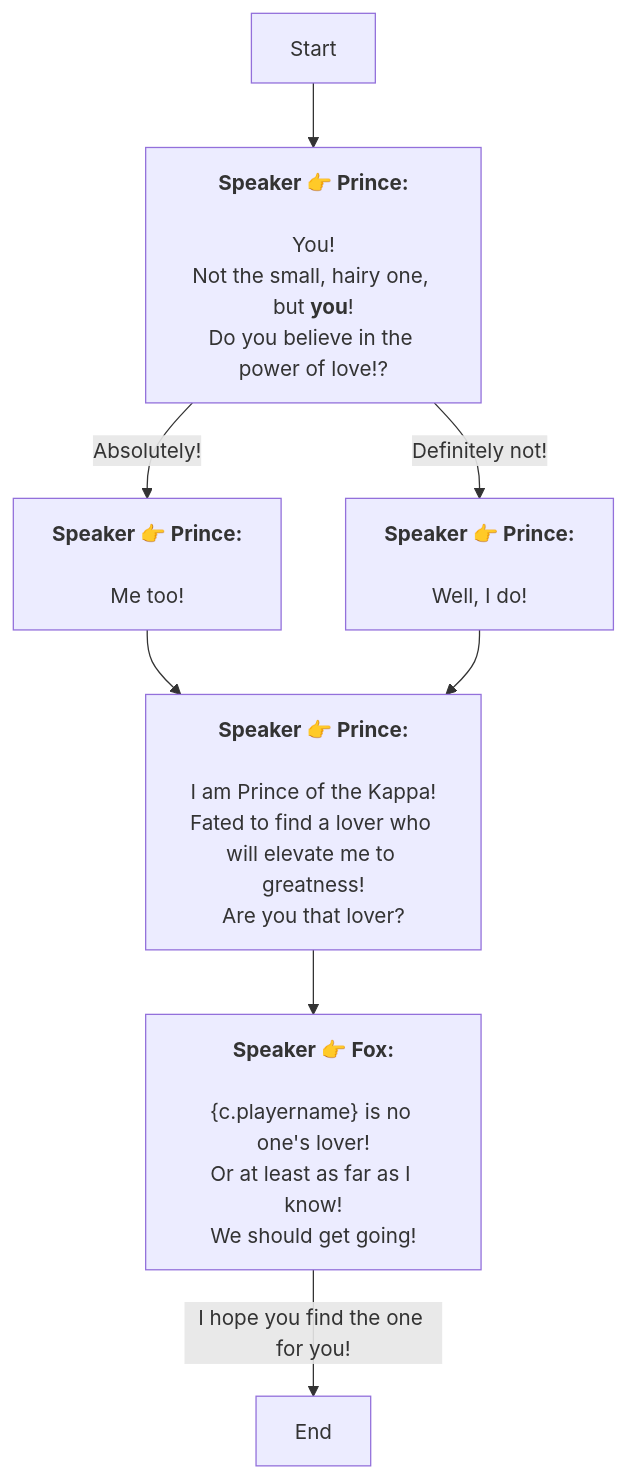
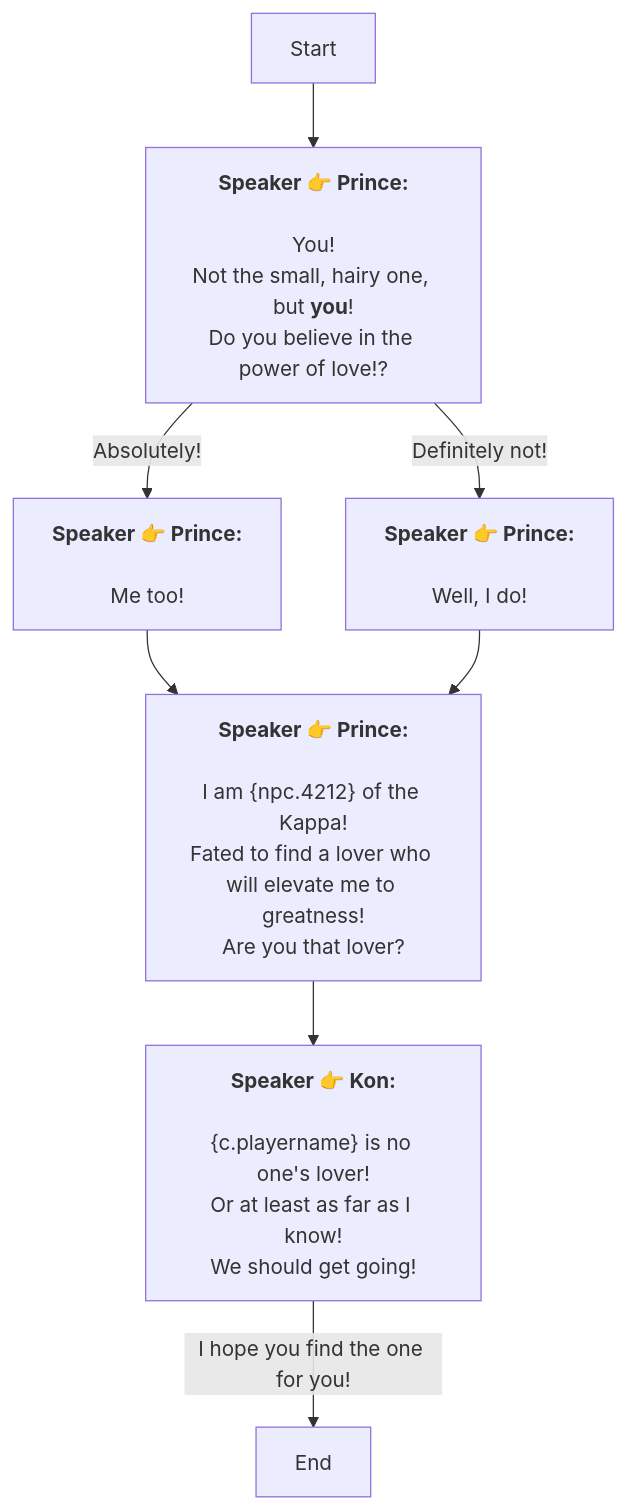
Before and after one commit to SoftHu/tos_avg: the diagram in En/AddDialogNode_1769061199392816.md, drawn with Mermaid. The commit also changed 730 other files, not shown here.

````diff
--- a/En/AddDialogNode_1769061199392816.md
+++ b/En/AddDialogNode_1769061199392816.md
@@ -1,25 +1,25 @@
 ```mermaid
 graph
 Start -->1769061300408371[<b>Speaker 👉 Prince:</b>
 \nYou!
 Not the small, hairy one, but <b>you</b>!
 Do you believe in the power of love!?]
 1769061300408371 -->|Definitely not!|1777940297288339[<b>Speaker 👉 Prince:</b>
 \nWell, I do!]
 1769061300408371 -->|Absolutely!|1769061331779641[<b>Speaker 👉 Prince:</b>
 \nMe too!]
 1769061331779641 -->1777940309989014[<b>Speaker 👉 Prince:</b>
-\nI am Prince of the Kappa!
+\nI am &lbrace;npc.4212&rbrace; of the Kappa!
 Fated to find a lover who will elevate me to greatness!
 Are you that lover?]
-1777940309989014 -->1777940329397913[<b>Speaker 👉 Fox:</b>
+1777940309989014 -->1777940329397913[<b>Speaker 👉 Kon:</b>
 \n&lbrace;c.playername&rbrace; is no one's lover!
 Or at least as far as I know!
 We should get going!]
 1777940329397913 -->|I hope you find the one for you!|1769061374106683[End]
 1777940297288339 -->1777940309989014[<b>Speaker 👉 Prince:</b>
-\nI am Prince of the Kappa!
+\nI am &lbrace;npc.4212&rbrace; of the Kappa!
 Fated to find a lover who will elevate me to greatness!
 Are you that lover?]
 
 ```
````
